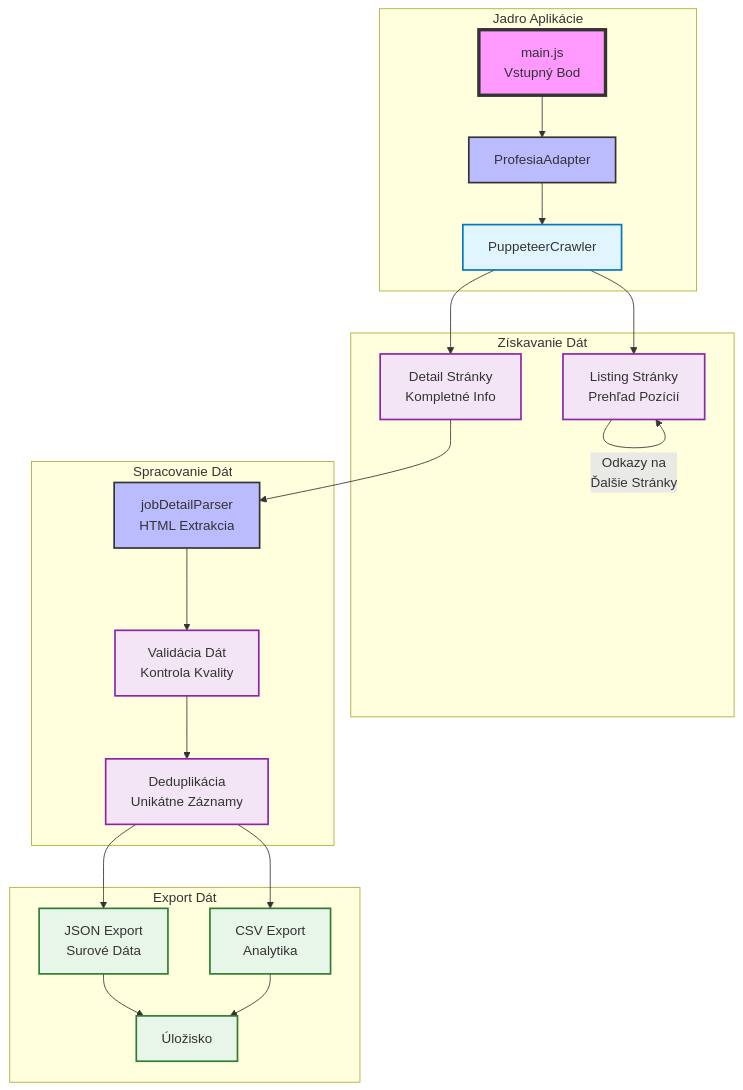
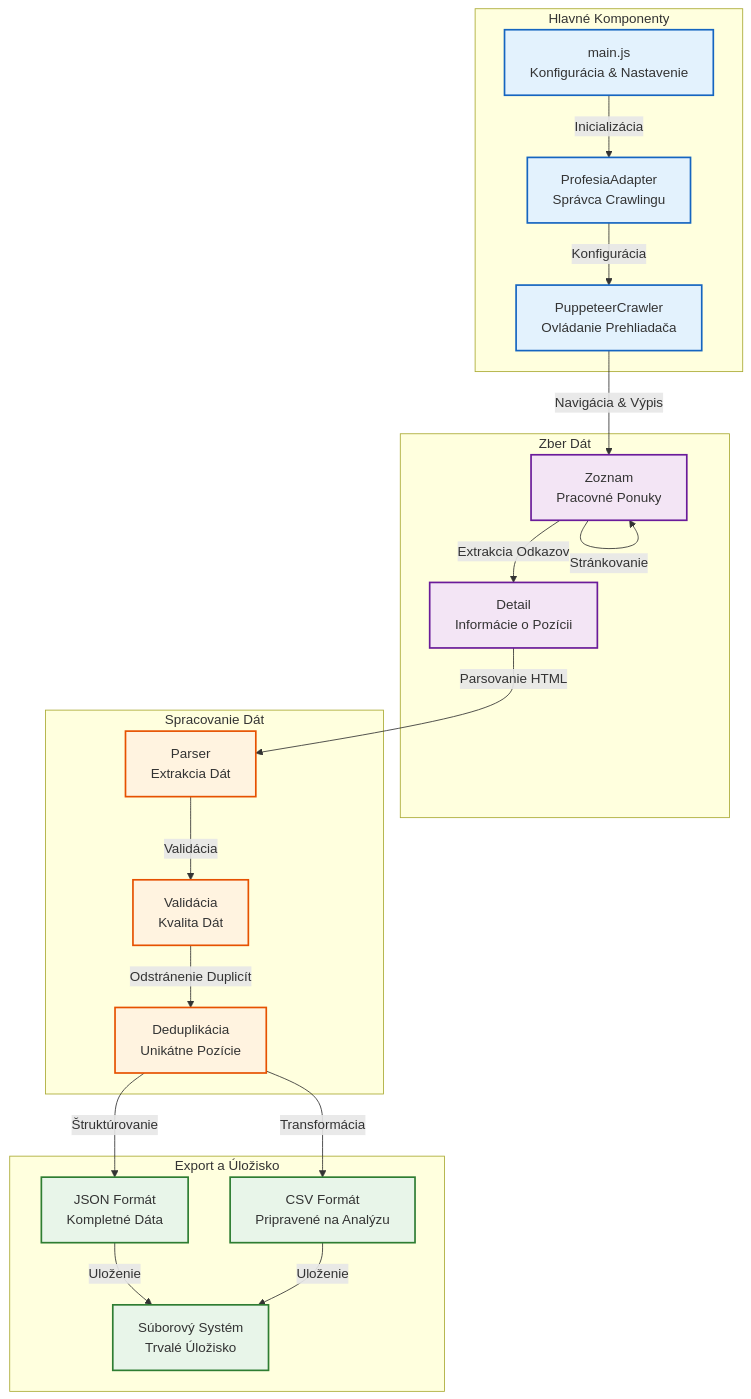
One commit to ITSsafer-DevOps/job-scraper-itssafer changed the first of 2 diagrams in README.sk.md. Above: the diagram before and after it, drawn with Mermaid. The commit also changed other lines of this file and 2 other files, not shown here.

Commit message:
Update: Enhanced architecture diagrams and created new backup

````diff
--- a/README.sk.md
+++ b/README.sk.md
@@ -35,39 +35,35 @@
 ```mermaid
 graph TD
-    subgraph Jadro ["Jadro Aplikácie"]
-        A[main.js<br/>Vstupný Bod] --> B[ProfesiaAdapter]
-        B --> C[PuppeteerCrawler]
+    subgraph Core ["Hlavné Komponenty"]
+        A[main.js<br/>Konfigurácia & Nastavenie] --> |Inicializácia| B[ProfesiaAdapter<br/>Správca Crawlingu]
+        B --> |Konfigurácia| C[PuppeteerCrawler<br/>Ovládanie Prehliadača]
     end
     
-    subgraph Crawling ["Získavanie Dát"]
-        C --> D[Listing Stránky<br/>Prehľad Pozícií]
-        C --> E[Detail Stránky<br/>Kompletné Info]
-        D --> |Odkazy na<br/>Ďalšie Stránky| D
+    subgraph Data ["Zber Dát"]
+        C --> |Navigácia & Výpis| D[Zoznam<br/>Pracovné Ponuky]
+        D --> |Extrakcia Odkazov| E[Detail<br/>Informácie o Pozícii]
+        D --> |Stránkovanie| D
     end
     
-    subgraph Spracovanie ["Spracovanie Dát"]
-        E --> F[jobDetailParser<br/>HTML Extrakcia]
-        F --> G[Validácia Dát<br/>Kontrola Kvality]
-        G --> H[Deduplikácia<br/>Unikátne Záznamy]
+    subgraph Transform ["Spracovanie Dát"]
+        E --> |Parsovanie HTML| F[Parser<br/>Extrakcia Dát]
+        F --> |Validácia| G[Validácia<br/>Kvalita Dát]
+        G --> |Odstránenie Duplicít| H[Deduplikácia<br/>Unikátne Pozície]
     end
     
-    subgraph Export ["Export Dát"]
-        H --> I[JSON Export<br/>Surové Dáta]
-        H --> J[CSV Export<br/>Analytika]
-        I --> K[Úložisko]
-        J --> K[Úložisko]
+    subgraph Storage ["Export a Úložisko"]
+        H --> |Štruktúrovanie| I[JSON Formát<br/>Kompletné Dáta]
+        H --> |Transformácia| J[CSV Formát<br/>Pripravené na Analýzu]
+        I & J --> |Uloženie| K[Súborový Systém<br/>Trvalé Úložisko]
     end
     
-    style A fill:#f9f,stroke:#333,stroke-width:4px
-    style B fill:#bbf,stroke:#333,stroke-width:2px
-    style F fill:#bbf,stroke:#333,stroke-width:2px
-    
-    classDef default fill:#f9f9f9,stroke:#333,stroke-width:1px
-    classDef core fill:#e1f5fe,stroke:#0277bd,stroke-width:2px
-    classDef process fill:#f3e5f5,stroke:#8e24aa,stroke-width:2px
-    classDef export fill:#e8f5e9,stroke:#2e7d32,stroke-width:2px
+    classDef core fill:#e3f2fd,stroke:#1565c0,stroke-width:2px
+    classDef data fill:#f3e5f5,stroke:#6a1b9a,stroke-width:2px
+    classDef transform fill:#fff3e0,stroke:#e65100,stroke-width:2px
+    classDef storage fill:#e8f5e9,stroke:#2e7d32,stroke-width:2px
     
     class A,B,C core
-    class D,E,F,G,H process
-    class I,J,K export
+    class D,E data
+    class F,G,H transform
+    class I,J,K storage
 ```
````
